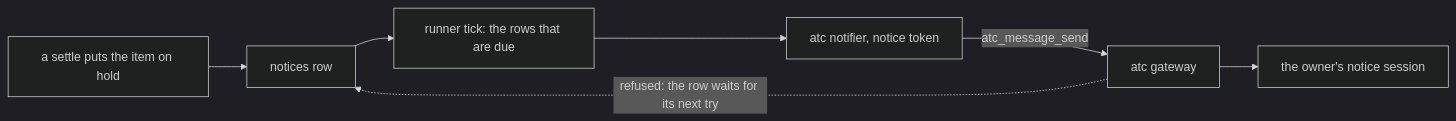
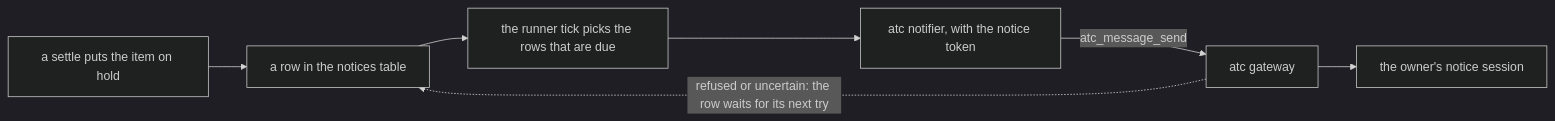
One commit to zgeoff/boxxy changed the diagram in docs/design/boxxy/owner-notices.md. Above: the diagram before and after it, drawn with Mermaid (dark theme). The commit also changed other lines of this file, not shown here.

Commit message:
docs(design): keep each notice until atc takes it, and fix review points

````diff
--- a/docs/design/boxxy/owner-notices.md
+++ b/docs/design/boxxy/owner-notices.md
@@ -9,9 +9,9 @@
 ```mermaid
 flowchart LR
-  settle["a settle puts the item on hold"] --> row["notices row"]
-  row --> tick["runner tick: the rows that are due"]
-  tick --> notifier["atc notifier, notice token"]
+  settle["a settle puts the item on hold"] --> row["a row in the notices table"]
+  row --> tick["the runner tick picks the rows that are due"]
+  tick --> notifier["atc notifier, with the notice token"]
   notifier -->|"atc_message_send"| gateway["atc gateway"]
   gateway --> session["the owner's notice session"]
-  gateway -.->|"refused: the row waits for its next try"| row
+  gateway -.->|"refused or uncertain: the row waits for its next try"| row
 ```
````
